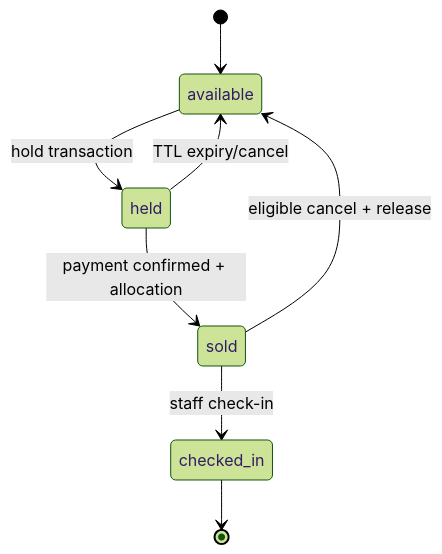
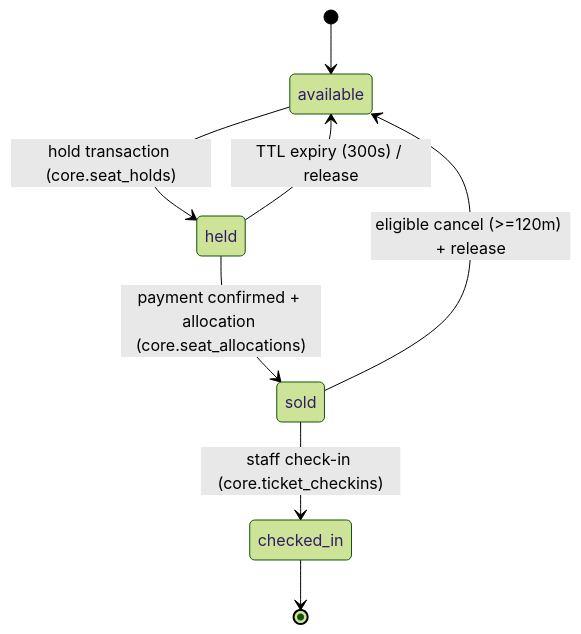
One commit to ddhoang2440/CinemaTicketBooking changed the diagram in docs/diagrams/seat-state.mmd. Above: the diagram before and after it, drawn with Mermaid (forest theme). The commit also changed 186 other files, not shown here.

Commit message:
feat: initialize core-service backend and project configuration files

```diff
--- a/docs/diagrams/seat-state.mmd
+++ b/docs/diagrams/seat-state.mmd
@@ -1,11 +1,10 @@
 stateDiagram-v2
  [*] --> available
- available --> held: hold transaction
- held --> available: TTL expiry/cancel
- held --> sold: payment confirmed + allocation
- sold --> available: eligible cancel + release
- sold --> checked_in: staff check-in
+ available --> held: hold transaction (core.seat_holds)
+ held --> available: TTL expiry (300s) / release
+ held --> sold: payment confirmed + allocation (core.seat_allocations)
+ sold --> available: eligible cancel (>=120m) + release
+ sold --> checked_in: staff check-in (core.ticket_checkins)
  checked_in --> [*]
 
-
-%% ACCEPTED 2026-11-18: hold expires after 300 seconds; paired seat IDs are allocated atomically (D-05/D-12/D-15).
+%% ACCEPTED — REVISED D-04 & D-05/D-12/D-15: Core Service owns seat state in schema "core"; hold expires after 300 seconds; paired seat IDs are allocated atomically.
```
